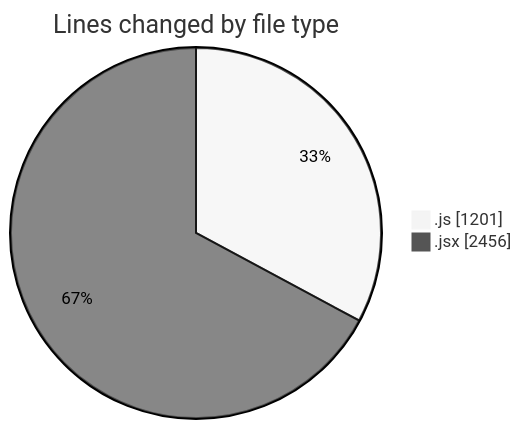
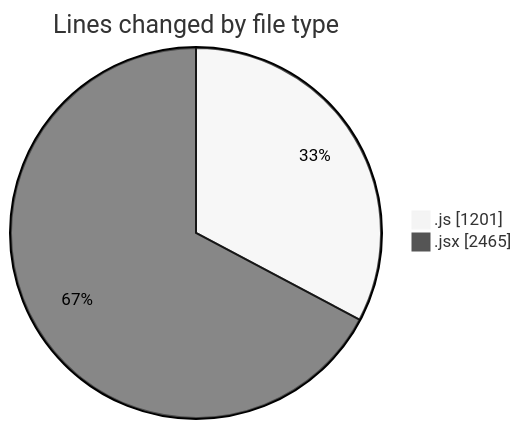
Before and after one commit to nxtqubesakshisongat/code-tracking: the first of 2 diagrams in 2025-10-10/nxtqube_webapp/README.md, drawn with Mermaid (neutral theme). The commit also changed other lines of this file and 1 other file, not shown here.

````diff
--- a/2025-10-10/nxtqube_webapp/README.md
+++ b/2025-10-10/nxtqube_webapp/README.md
@@ -24,6 +24,6 @@
 ```mermaid
 pie showData
 title Lines changed by file type
 ".js" : 1201
-".jsx" : 2456
+".jsx" : 2465
 ```
````
